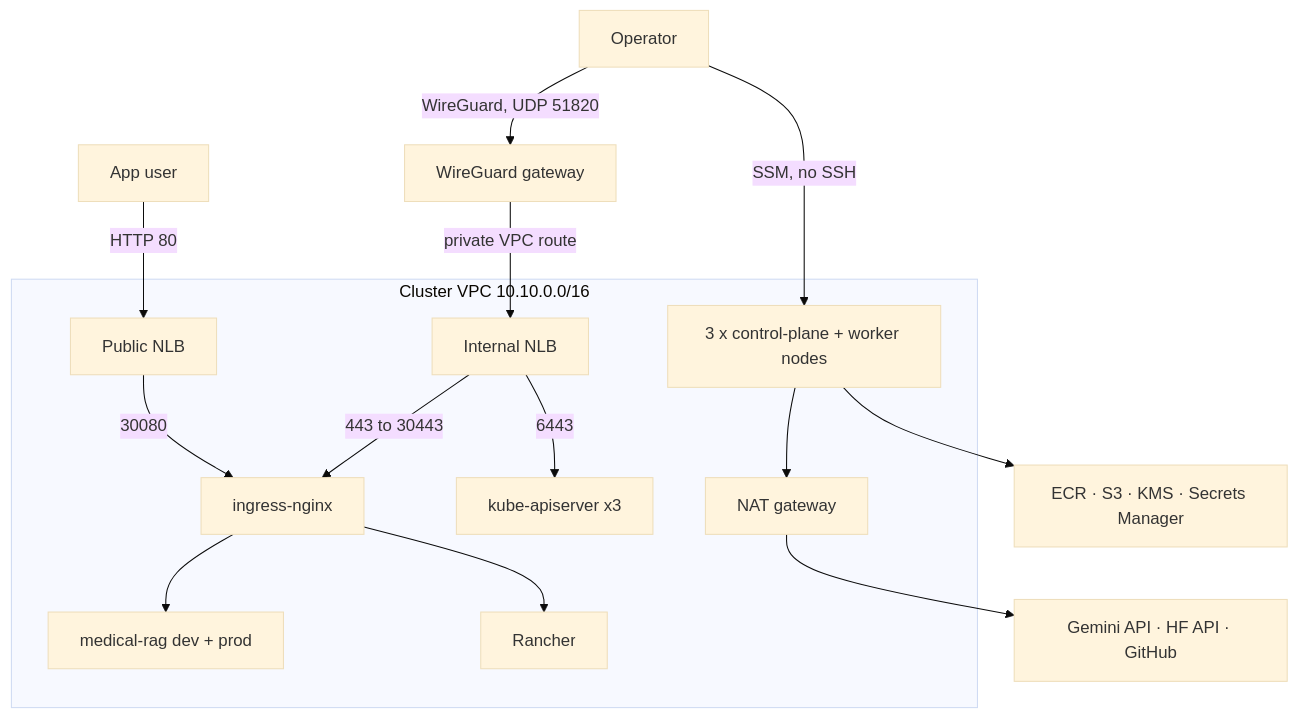
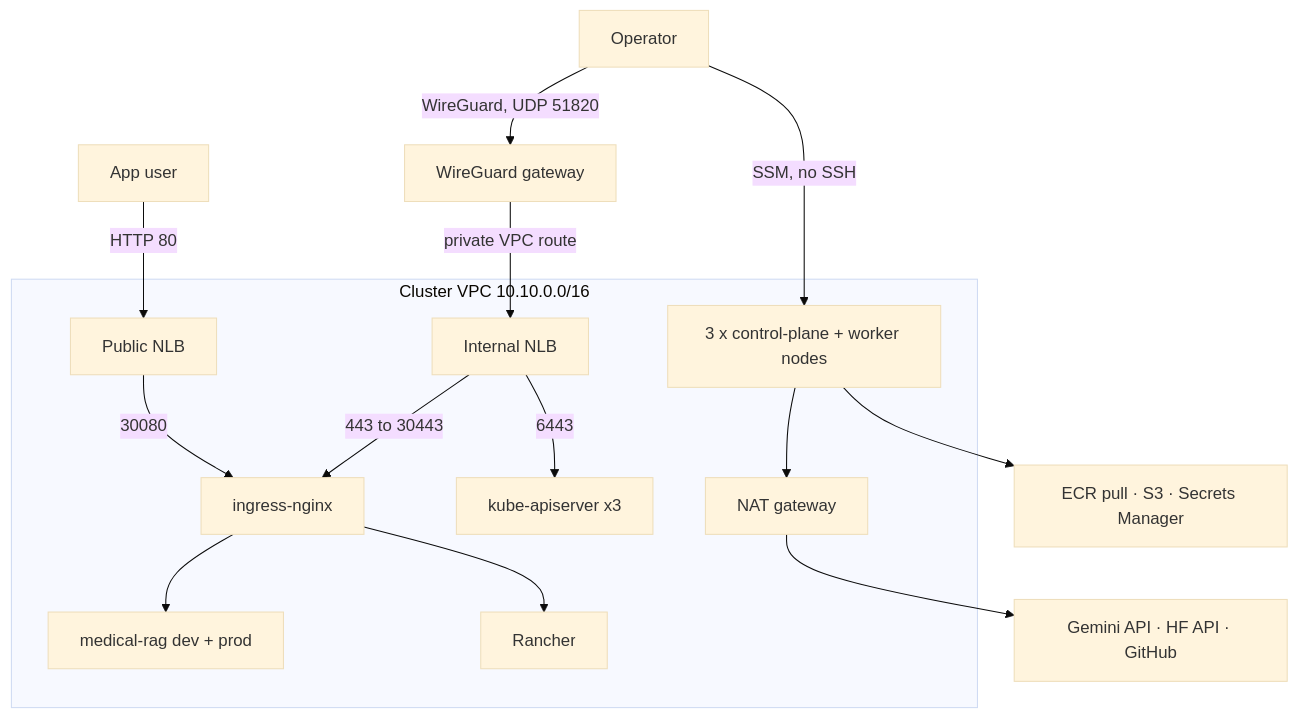
Before and after one commit to biabeogo147/Medical-RAG-Chatbot: the diagram in docs/selfmanaged-k8s-ops-design.md, drawn with Mermaid (base theme). The commit also changed other lines of this file and 11 other files, not shown here.

````diff
--- a/docs/selfmanaged-k8s-ops-design.md
+++ b/docs/selfmanaged-k8s-ops-design.md
@@ -62,20 +62,20 @@
 ```mermaid
 flowchart TB
     APPUSER["App user"] -->|"HTTP 80"| PUBLIC["Public NLB"]
     OP["Operator"] -->|"WireGuard, UDP 51820"| WG["WireGuard gateway"]
     OP -->|"SSM, no SSH"| NODES
     WG -->|"private VPC route"| INTERNAL["Internal NLB"]
 
     subgraph VPC["Cluster VPC 10.10.0.0/16"]
         PUBLIC -->|"30080"| ING["ingress-nginx"]
         INTERNAL -->|"6443"| API["kube-apiserver x3"]
         INTERNAL -->|"443 to 30443"| ING
         ING --> APP["medical-rag dev + prod"]
         ING --> RANCHER["Rancher"]
         NODES["3 x control-plane + worker nodes"]
         NAT["NAT gateway"]
     end
 
     NODES --> NAT --> EXT["Gemini API · HF API · GitHub"]
-    NODES --> AWS["ECR · S3 · KMS · Secrets Manager"]
+    NODES --> AWS["ECR pull · S3 · Secrets Manager"]
 ```
````
